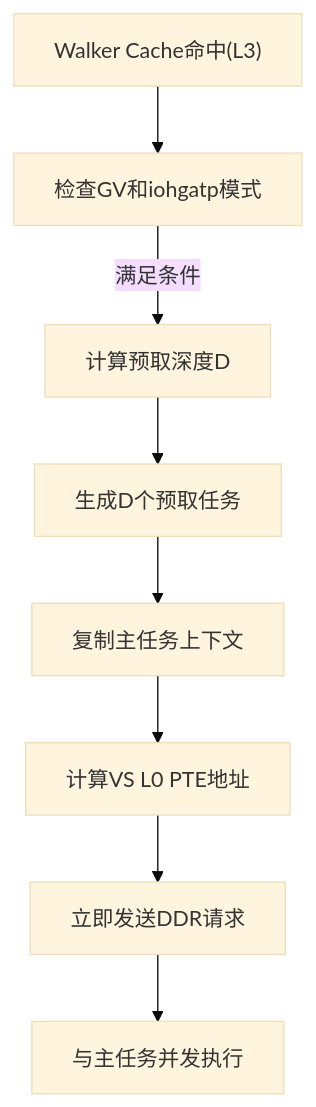
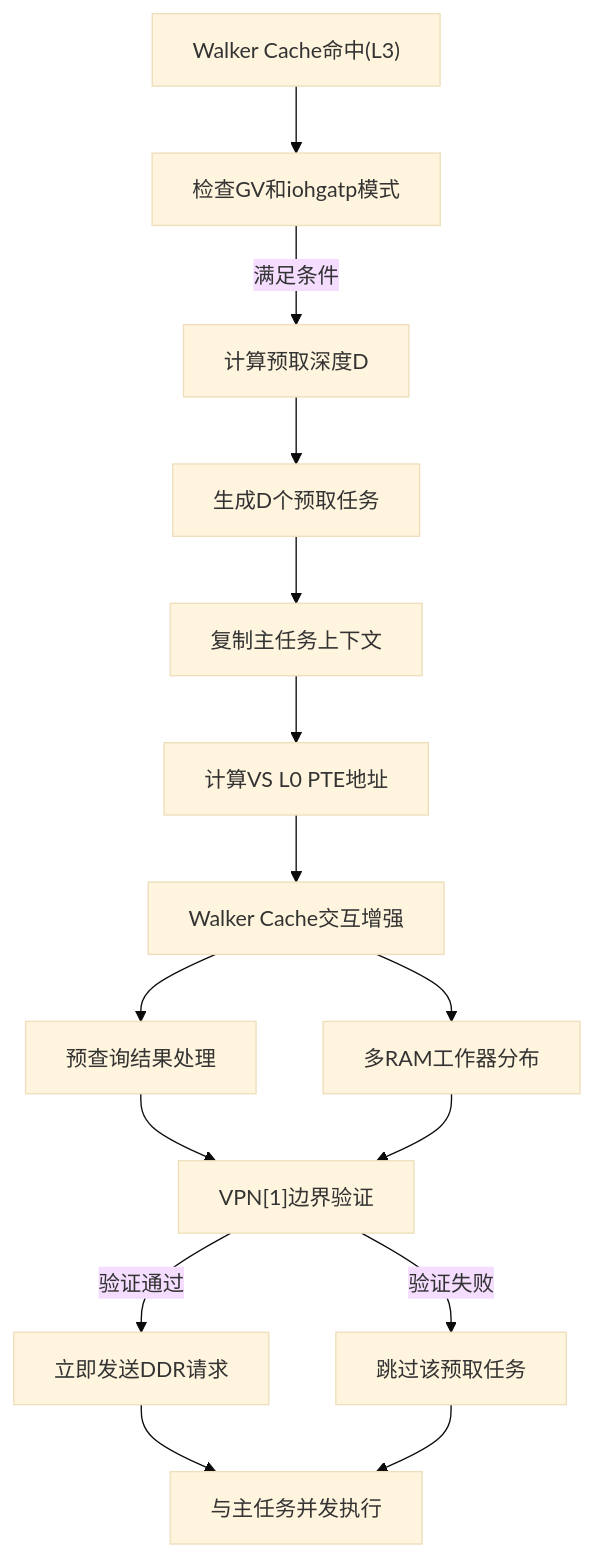
Before and after one commit to jiangjiang1122/iommu_model_20260401_v1: the seventh of 14 diagrams in .qoder/repowiki/zh/content/性能模型/性能模型.md, drawn with Mermaid (base theme). The commit also changed other lines of this file and 186 other files, not shown here.

````diff
--- a/.qoder/repowiki/zh/content/性能模型/性能模型.md
+++ b/.qoder/repowiki/zh/content/性能模型/性能模型.md
@@ -513,10 +550,17 @@
 ```mermaid
 flowchart TD
 A["Walker Cache命中(L3)"] --> B["检查GV和iohgatp模式"]
 B --> |满足条件| C["计算预取深度D"]
 C --> D["生成D个预取任务"]
 D --> E["复制主任务上下文"]
 E --> F["计算VS L0 PTE地址"]
-F --> G["立即发送DDR请求"]
-G --> H["与主任务并发执行"]
+F --> G["Walker Cache交互增强"]
+G --> H["预查询结果处理"]
+G --> I["多RAM工作器分布"]
+H --> J["VPN[1]边界验证"]
+I --> J
+J --> |验证通过| K["立即发送DDR请求"]
+J --> |验证失败| L["跳过该预取任务"]
+K --> M["与主任务并发执行"]
+L --> M
 ```
````
